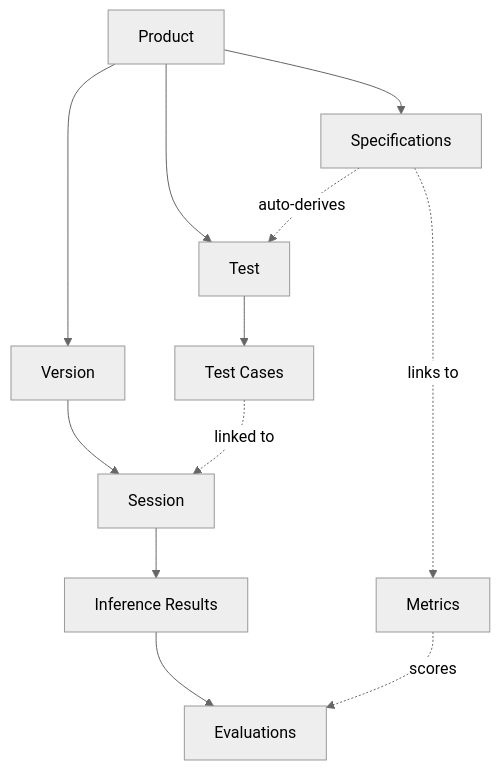
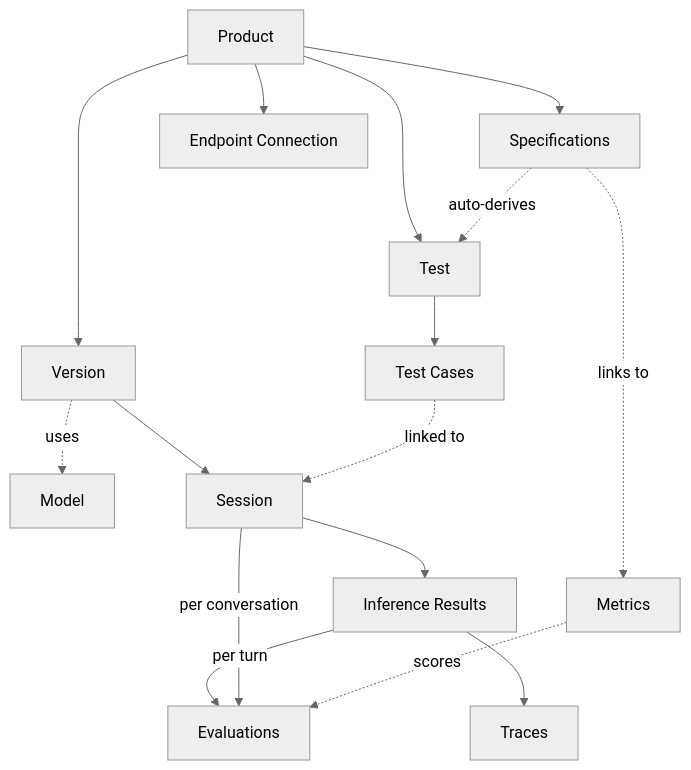
One commit to Galtea-AI/docs changed the diagram in concepts/product.mdx. Above: the diagram before and after it, drawn with Mermaid. The commit also changed 10 other files, not shown here.

````diff
--- a/concepts/product.mdx
+++ b/concepts/product.mdx
@@ -99,15 +99,19 @@
 ```mermaid
 %%{init: {"theme": "neutral"}}%%
 flowchart TD
     P[Product] --> Spec[Specifications]
     P --> V[Version]
     P --> T[Test]
+    P --> EC[Endpoint Connection]
+    V -.->|uses| Mdl[Model]
     Spec -.->|links to| M[Metrics]
     Spec -.->|auto-derives| T
     T --> TC[Test Cases]
     V --> S[Session]
     TC -.->|linked to| S
     S --> IR[Inference Results]
-    IR --> E[Evaluations]
+    IR --> Tr[Traces]
+    IR -->|per turn| E[Evaluations]
+    S -->|per conversation| E
     M -.->|scores| E
 ```
````
